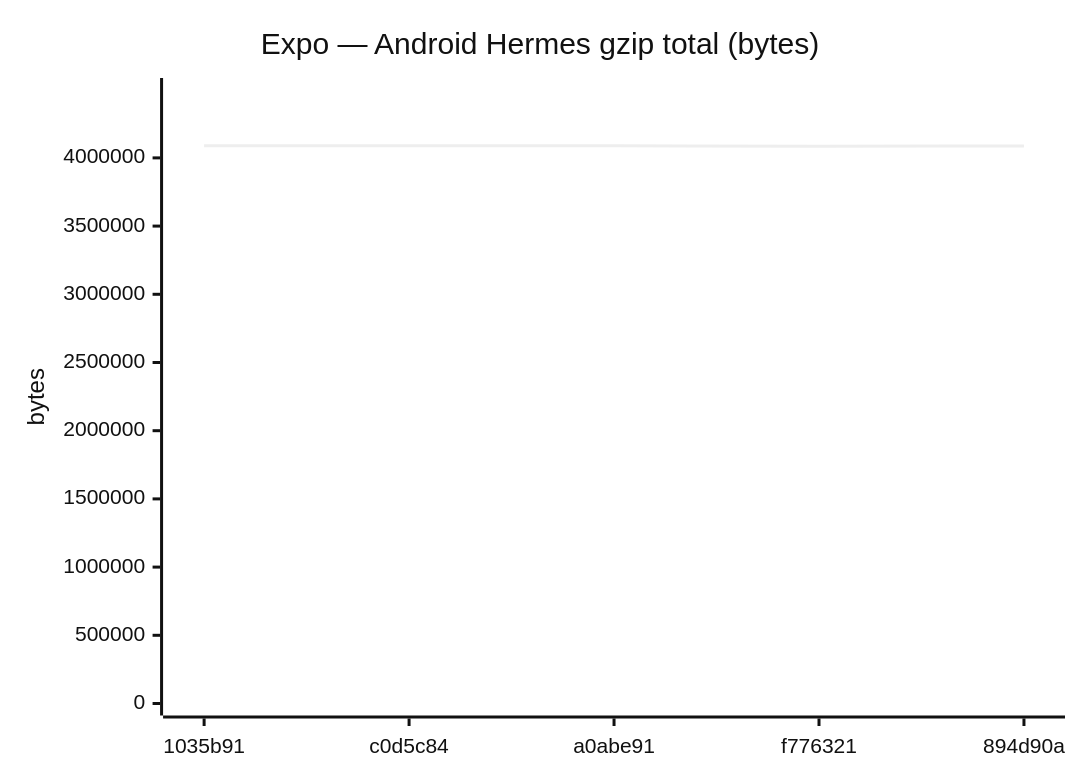
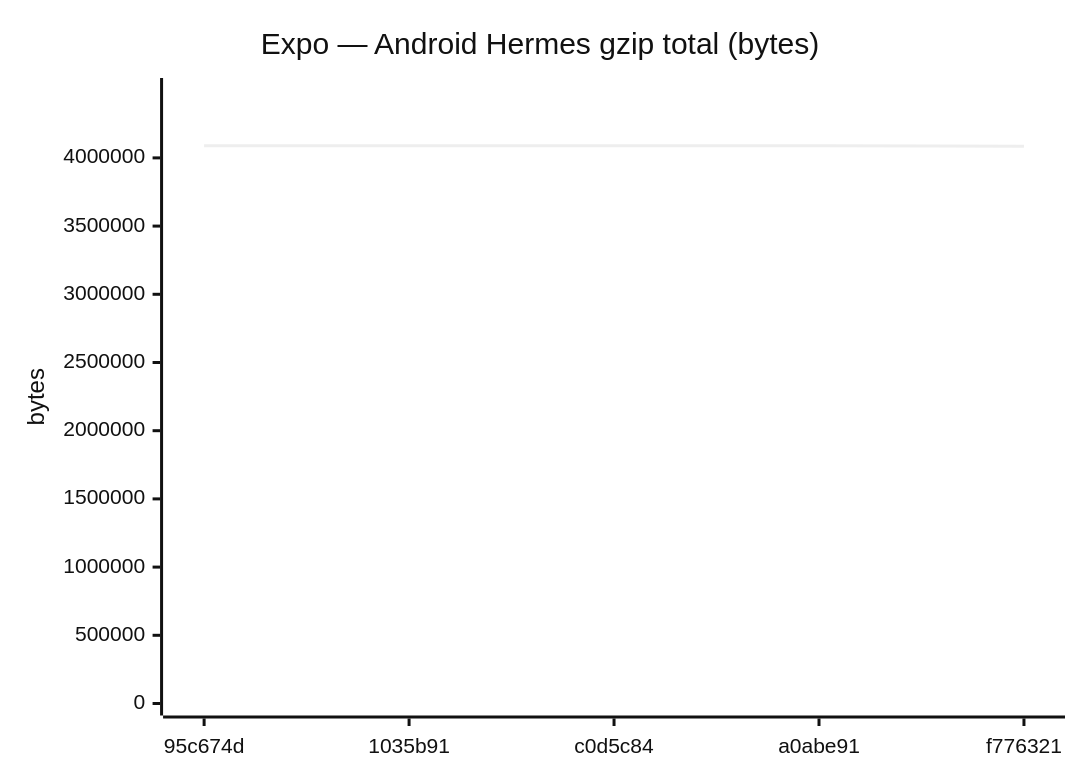
One commit to Metaheurist/Rianell changed diagram 11 of 18 in benchmarks/compare.md. Above: the diagram before and after it, drawn with Mermaid (neutral theme). The commit also changed other lines of this file and 11 other files, not shown here.

````diff
--- a/benchmarks/compare.md
+++ b/benchmarks/compare.md
@@ -172,7 +172,7 @@
 ```mermaid
 xychart-beta
     title "Expo — Android Hermes gzip total (bytes)"
-    x-axis ["1035b91", "c0d5c84", "a0abe91", "f776321", "894d90a"]
-    y-axis "bytes" 0 --> 4497695
-    line [4088813, 4088813, 4088812, 4085830, 4086643]
+    x-axis ["95c674d", "1035b91", "c0d5c84", "a0abe91", "f776321"]
+    y-axis "bytes" 0 --> 4497696
+    line [4088814, 4088813, 4088813, 4088812, 4085830]
 ```
````
